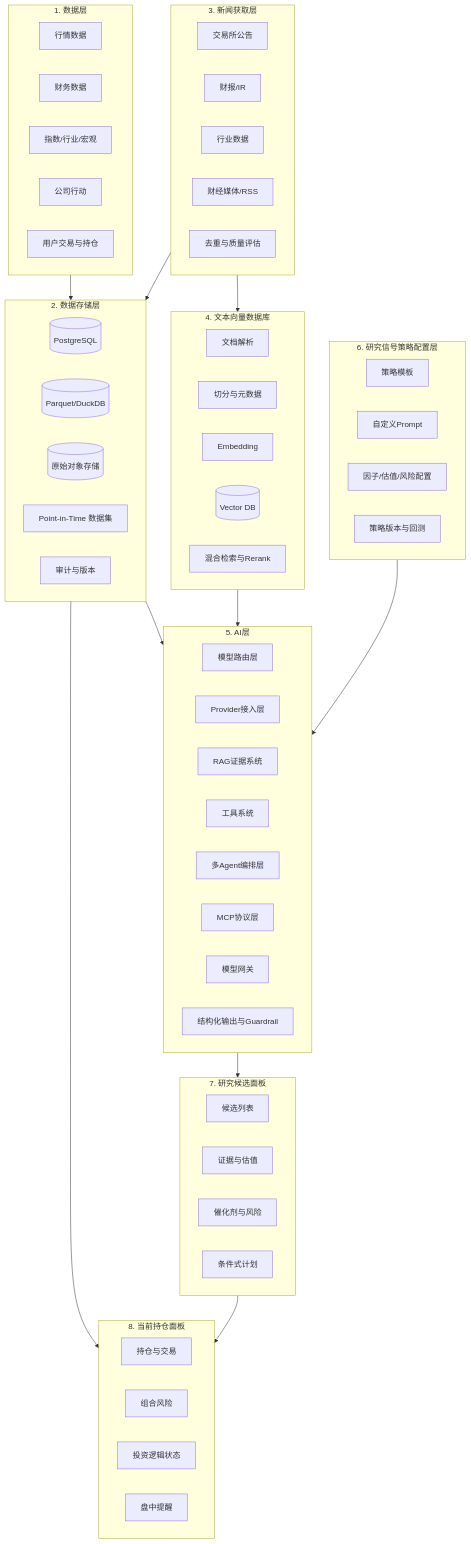
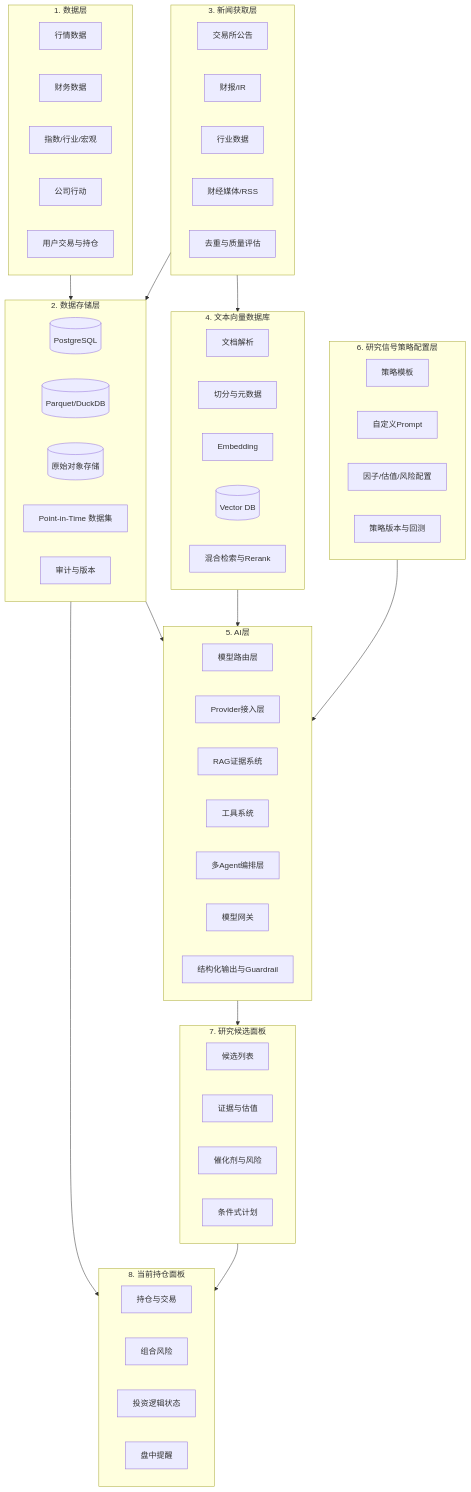
Before and after one commit to RickyW0529/Margin: the first of 24 diagrams in docs/design/v0.1/architecture/Margin_架构设计_v0.1_中文.md, drawn with Mermaid. The commit also changed other lines of this file and 64 other files, not shown here.

````diff
--- a/docs/design/v0.1/architecture/Margin_架构设计_v0.1_中文.md
+++ b/docs/design/v0.1/architecture/Margin_架构设计_v0.1_中文.md
@@ -30,76 +30,75 @@
 ```mermaid
 flowchart TB
     subgraph L1[1. 数据层]
         D1[行情数据]
         D2[财务数据]
         D3[指数/行业/宏观]
         D4[公司行动]
         D5[用户交易与持仓]
     end
 
     subgraph L2[2. 数据存储层]
         S1[(PostgreSQL)]
         S2[(Parquet/DuckDB)]
         S3[(原始对象存储)]
         S4[Point-in-Time 数据集]
         S5[审计与版本]
     end
 
     subgraph L3[3. 新闻获取层]
         N1[交易所公告]
         N2[财报/IR]
         N3[行业数据]
         N4[财经媒体/RSS]
         N5[去重与质量评估]
     end
 
     subgraph L4[4. 文本向量数据库]
         V1[文档解析]
         V2[切分与元数据]
         V3[Embedding]
         V4[(Vector DB)]
         V5[混合检索与Rerank]
     end
 
     subgraph L5[5. AI层]
         A1[模型路由层]
         A2[Provider接入层]
         A3[RAG证据系统]
         A4[工具系统]
         A5[多Agent编排层]
-        A6[MCP协议层]
         A7[模型网关]
         A8[结构化输出与Guardrail]
     end
 
     subgraph L6[6. 研究信号策略配置层]
         C1[策略模板]
         C2[自定义Prompt]
         C3[因子/估值/风险配置]
         C4[策略版本与回测]
     end
 
     subgraph L7[7. 研究候选面板]
         R1[候选列表]
         R2[证据与估值]
         R3[催化剂与风险]
         R4[条件式计划]
     end
 
     subgraph L8[8. 当前持仓面板]
         P1[持仓与交易]
         P2[组合风险]
         P3[投资逻辑状态]
         P4[盘中提醒]
     end
 
     L1 --> L2
     L3 --> L2
     L3 --> L4
     L2 --> L5
     L4 --> L5
     L6 --> L5
     L5 --> L7
     L2 --> L8
     L7 --> L8
 ```
````
